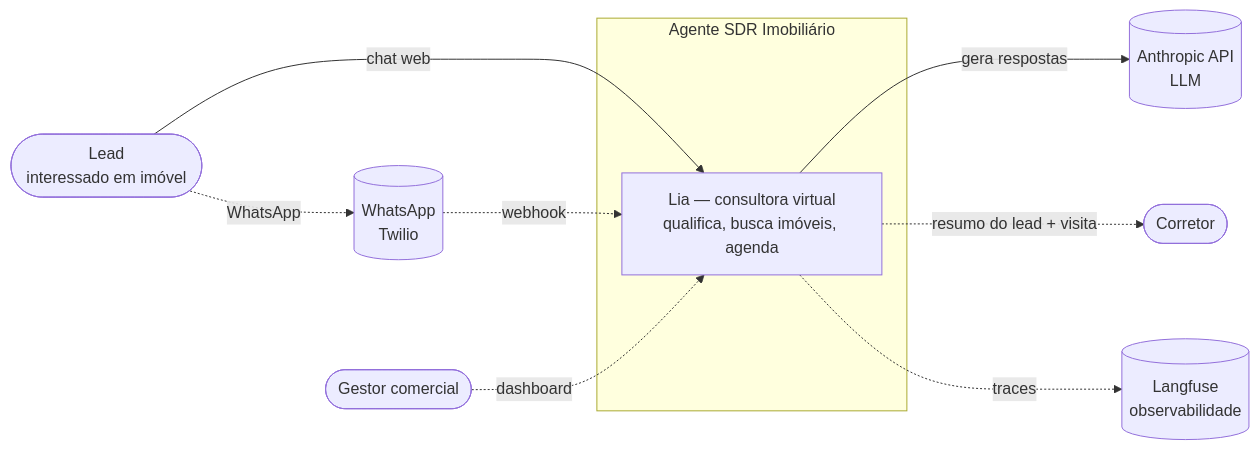
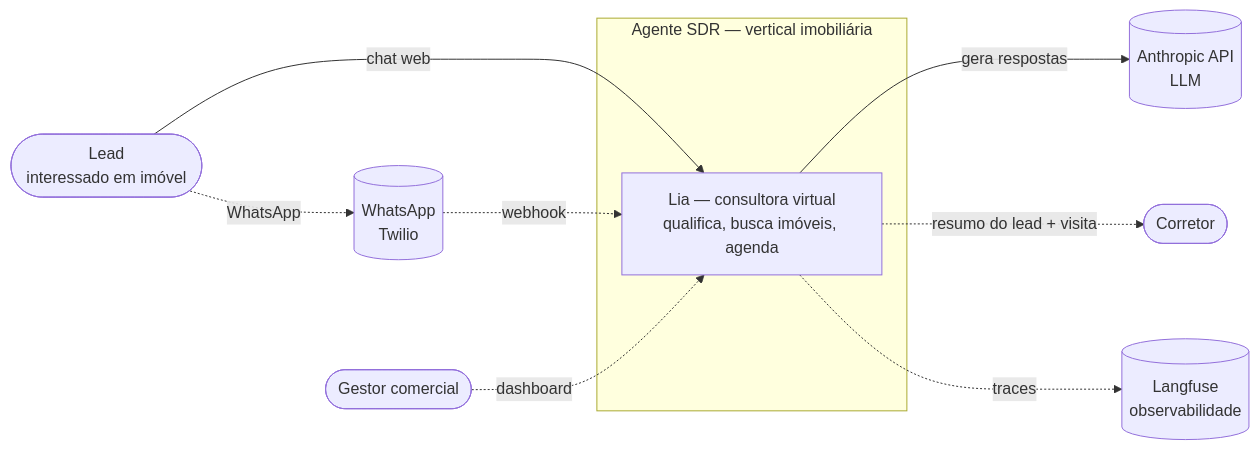
One commit to amaranini/tech-challenge-fase-5 changed the first of 8 diagrams in docs/arquitetura.md. Above: the diagram before and after it, drawn with Mermaid. The commit also changed other lines of this file and 113 other files, not shown here.

First line of the commit message:
Refactor: core de SDR genérico separado da vertical imobiliária

````diff
--- a/docs/arquitetura.md
+++ b/docs/arquitetura.md
@@ -11,21 +15,21 @@
 ```mermaid
 flowchart LR
     lead([Lead<br/>interessado em imóvel])
     corretor([Corretor])
     gestor([Gestor comercial])
 
-    subgraph sdr[Agente SDR Imobiliário]
+    subgraph sdr[Agente SDR — vertical imobiliária]
         sistema[Lia — consultora virtual<br/>qualifica, busca imóveis, agenda]
     end
 
     anthropic[(Anthropic API<br/>LLM)]
     whatsapp[(WhatsApp<br/>Twilio)]
     langfuse[(Langfuse<br/>observabilidade)]
 
     lead -- chat web --> sistema
     lead -. WhatsApp .-> whatsapp -. webhook .-> sistema
     sistema -- gera respostas --> anthropic
     sistema -. resumo do lead + visita .-> corretor
     gestor -. dashboard .-> sistema
     sistema -. traces .-> langfuse
 ```
````
